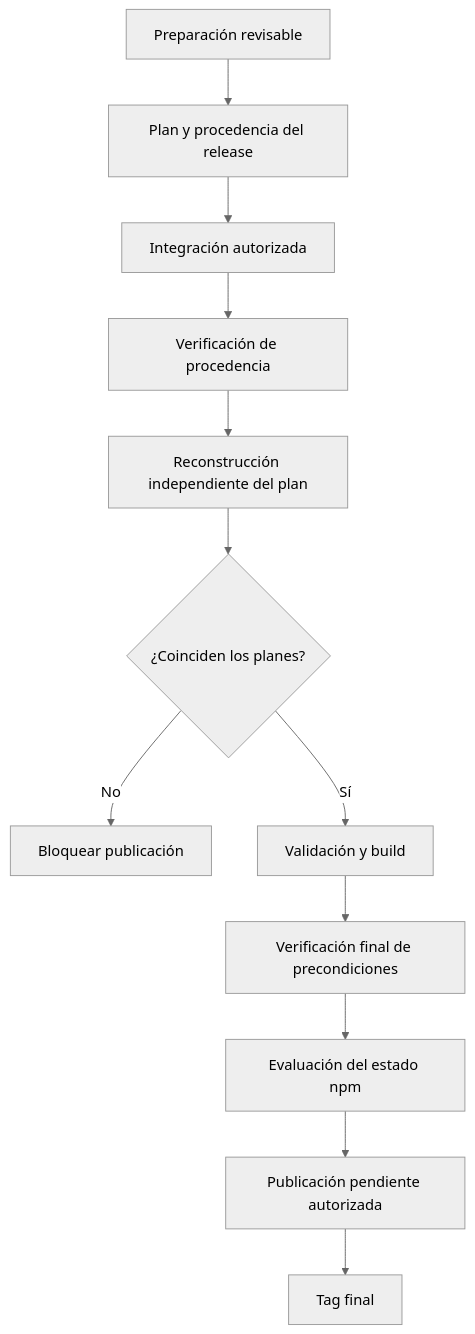
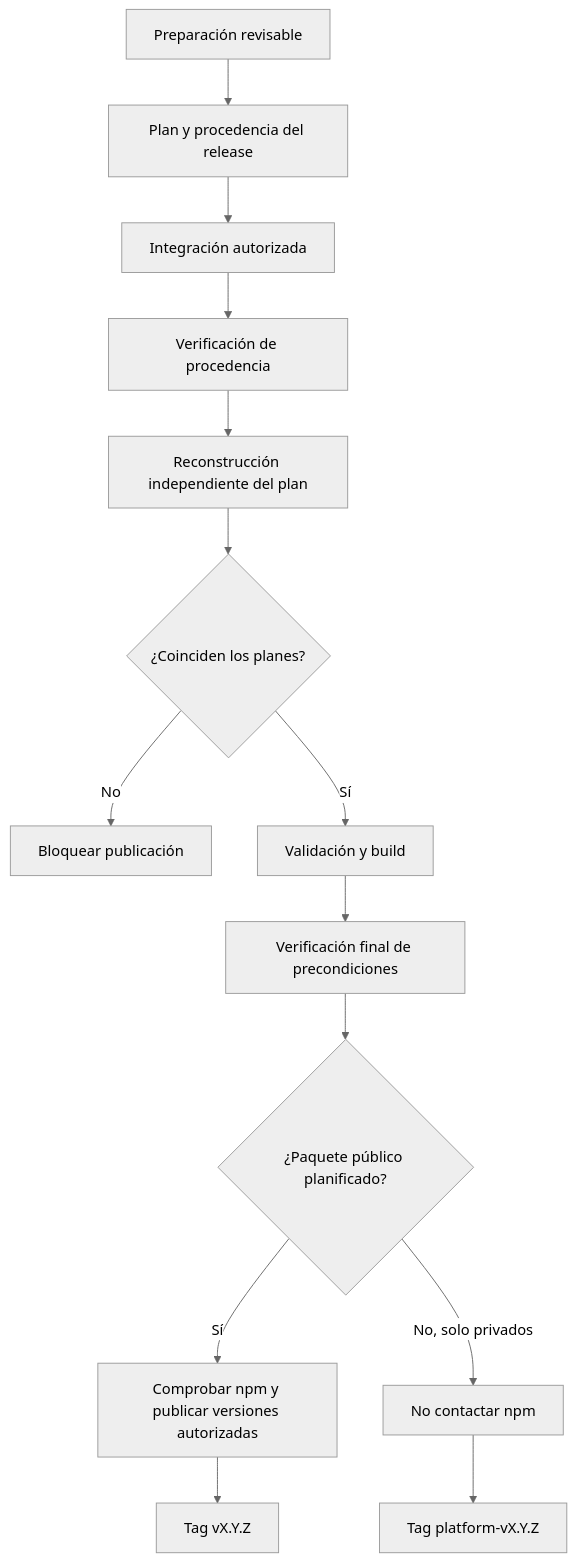
The diagram in docs/architecture/EE-TEC-006_Consolidated_Technical_Documentation_EE-DOC-011.md (EQ-LABS-TECH/ee-monorepo), drawn with Mermaid (neutral theme) before and after one commit. The commit also changed other lines of this file and 153 other files, not shown here.

````diff
--- a/docs/architecture/EE-TEC-006_Consolidated_Technical_Documentation_EE-DOC-011.md
+++ b/docs/architecture/EE-TEC-006_Consolidated_Technical_Documentation_EE-DOC-011.md
@@ -357,14 +357,16 @@
 ```mermaid
 flowchart TD
     A[Preparación revisable] --> B[Plan y procedencia del release]
     B --> C[Integración autorizada]
     C --> D[Verificación de procedencia]
     D --> E[Reconstrucción independiente del plan]
     E --> F{¿Coinciden los planes?}
     F -->|No| X[Bloquear publicación]
     F -->|Sí| G[Validación y build]
     G --> H[Verificación final de precondiciones]
-    H --> I[Evaluación del estado npm]
-    I --> J[Publicación pendiente autorizada]
-    J --> K[Tag final]
+    H --> I{¿Paquete público planificado?}
+    I -->|Sí| J[Comprobar npm y publicar versiones autorizadas]
+    I -->|No, solo privados| K[No contactar npm]
+    J --> L[Tag vX.Y.Z]
+    K --> M[Tag platform-vX.Y.Z]
 ```
````
